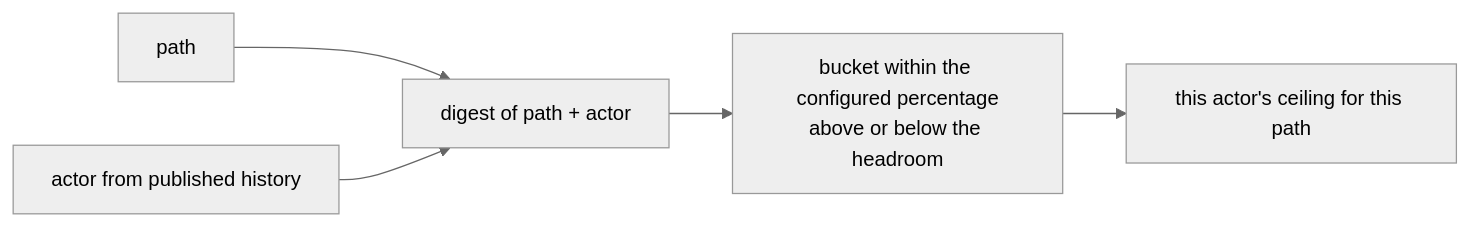
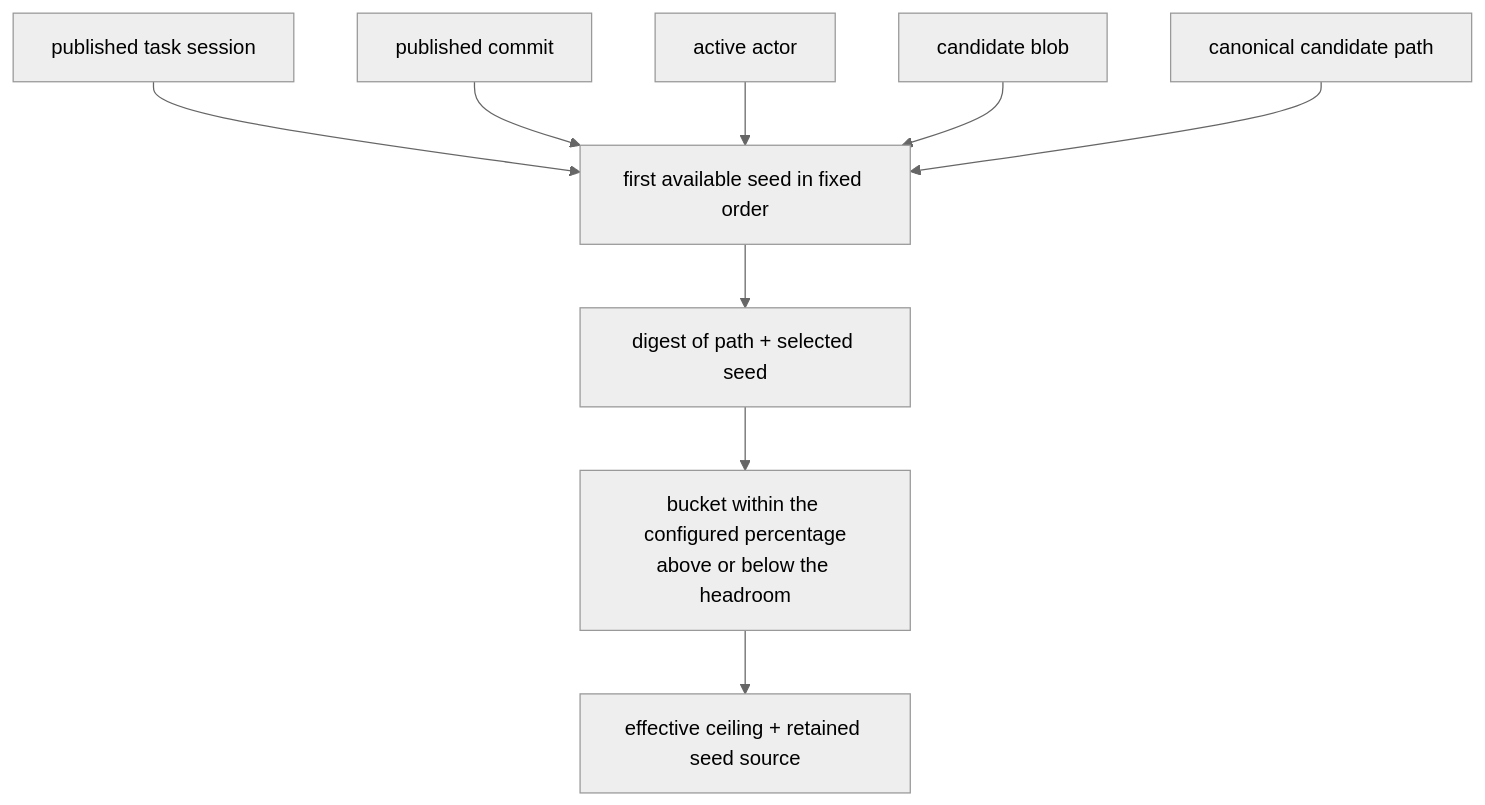
Before and after one commit to infimalabs/spice-rust: the seventh of 14 diagrams in docs/product/checks.md, drawn with Mermaid (neutral theme). The commit also changed other lines of this file and 71 other files, not shown here.

````diff
--- a/docs/product/checks.md
+++ b/docs/product/checks.md
@@ -159,7 +194,11 @@
 ```mermaid
-flowchart LR
-  P["path"] --> K["digest of path + actor"]
-  A["actor from published history"] --> K
+flowchart TD
+  TS["published task session"] --> O["first available seed in fixed order"]
+  PC["published commit"] --> O
+  AA["active actor"] --> O
+  CB["candidate blob"] --> O
+  P["canonical candidate path"] --> O
+  O --> K["digest of path + selected seed"]
   K --> B["bucket within the configured percentage<br/>above or below the headroom"]
-  B --> C["this actor's ceiling for this path"]
+  B --> C["effective ceiling + retained seed source"]
 ```
````
